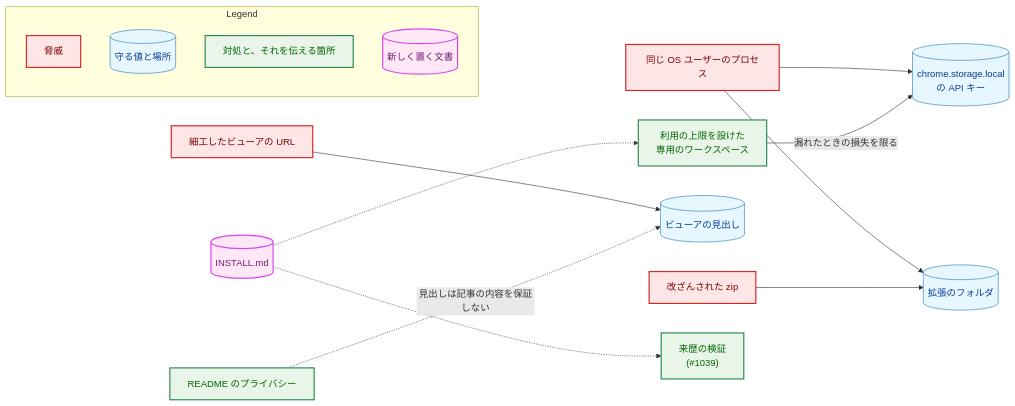
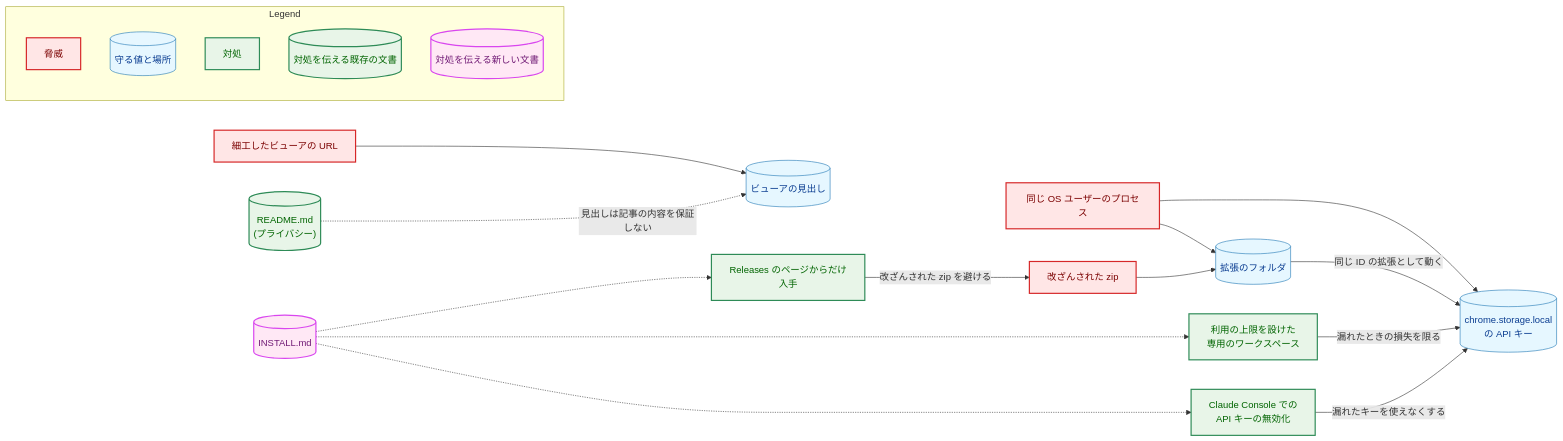
The fourth of 5 diagrams in docs/tasks/0116_user_readme/02_architecture.md (isseis/yt2column), drawn with Mermaid before and after one commit. The commit also changed other lines of this file and 1 other file, not shown here.

````diff
--- a/docs/tasks/0116_user_readme/02_architecture.md
+++ b/docs/tasks/0116_user_readme/02_architecture.md
@@ -540,44 +564,50 @@
 ```mermaid
 flowchart LR
     classDef data fill:#e6f7ff,stroke:#1f77b4,stroke-width:1px,color:#0b3d91;
     classDef problem fill:#ffe6e6,stroke:#d62728,stroke-width:2px,color:#7b0000;
     classDef enhanced fill:#e8f5e8,stroke:#2e8b57,stroke-width:2px,color:#006400;
     classDef newpkg fill:#ffe8f5,stroke:#d946ef,stroke-width:2px,color:#701a75;
 
     T1["同じ OS ユーザーのプロセス"]
     T2["改ざんされた zip"]
     T3["細工したビューアの URL"]
     KEY[("chrome.storage.local<br>の API キー")]
     DIR[("拡張のフォルダ")]
     VIEW[("ビューアの見出し")]
     LIM["利用の上限を設けた<br>専用のワークスペース"]
-    ATT["来歴の検証<br>(#1039)"]
-    PRIV["README のプライバシー"]
+    REV["Claude Console での<br>API キーの無効化"]
+    SRC["Releases のページからだけ入手"]
+    PRIV[("README.md<br>(プライバシー)")]
     INST[("INSTALL.md")]
 
     T1 --> KEY
     T1 --> DIR
     T2 --> DIR
+    DIR -->|"同じ ID の拡張として動く"| KEY
     T3 --> VIEW
     INST -.-> LIM
-    INST -.-> ATT
+    INST -.-> REV
+    INST -.-> SRC
     PRIV -.->|"見出しは記事の内容を保証しない"| VIEW
     LIM -->|"漏れたときの損失を限る"| KEY
+    REV -->|"漏れたキーを使えなくする"| KEY
+    SRC -->|"改ざんされた zip を避ける"| T2
 
     class T1,T2,T3 problem
     class KEY,DIR,VIEW data
-    class LIM,ATT enhanced
+    class LIM,REV,SRC enhanced
     class PRIV enhanced
     class INST newpkg
 
     subgraph Legend["Legend"]
         L1["脅威"]
         L2[("守る値と場所")]
-        L3["対処と、それを伝える箇所"]
-        L4[("新しく置く文書")]
+        L3["対処"]
+        L4[("対処を伝える既存の文書")]
+        L5[("対処を伝える新しい文書")]
     end
     class L1 problem
     class L2 data
-    class L3 enhanced
-    class L4 newpkg
+    class L3,L4 enhanced
+    class L5 newpkg
 ```
````
